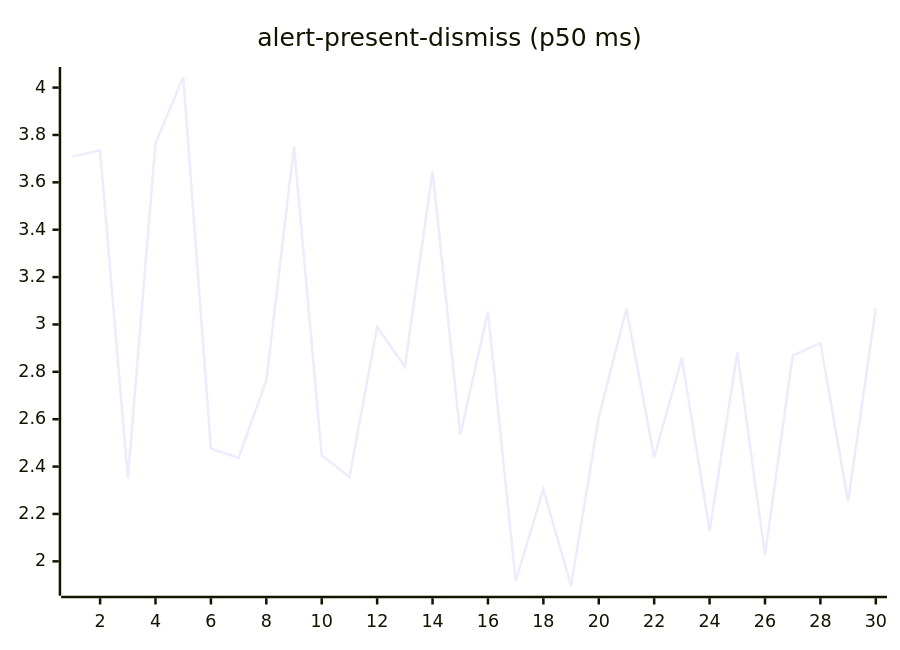
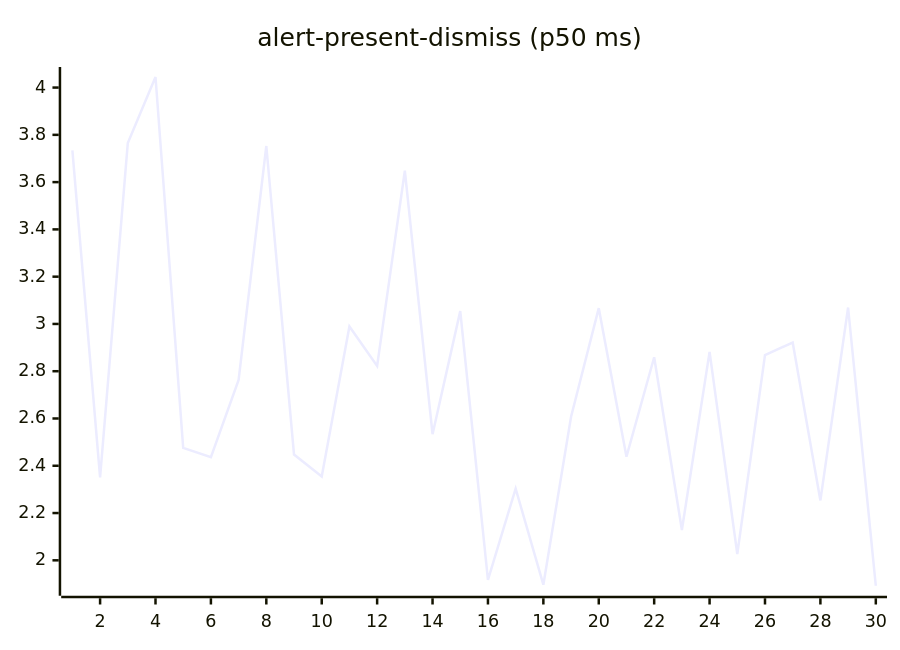
Before and after one commit to josha/Facet: the second of 27 diagrams in README.md, drawn with Mermaid. The commit also changed other lines of this file and 2 other files, not shown here.

````diff
--- a/README.md
+++ b/README.md
@@ -70,6 +70,6 @@
 ```mermaid
 xychart-beta
     title "alert-present-dismiss (p50 ms)"
     x-axis 1 --> 30
-    line [3.7096, 3.7340, 2.3506, 3.7650, 4.0447, 2.4759, 2.4363, 2.7635, 3.7527, 2.4474, 2.3546, 2.9892, 2.8222, 3.6482, 2.5337, 3.0542, 1.9177, 2.3034, 1.8969, 2.6071, 3.0667, 2.4384, 2.8591, 2.1282, 2.8816, 2.0266, 2.8685, 2.9214, 2.2534, 3.0695]
+    line [3.7340, 2.3506, 3.7650, 4.0447, 2.4759, 2.4363, 2.7635, 3.7527, 2.4474, 2.3546, 2.9892, 2.8222, 3.6482, 2.5337, 3.0542, 1.9177, 2.3034, 1.8969, 2.6071, 3.0667, 2.4384, 2.8591, 2.1282, 2.8816, 2.0266, 2.8685, 2.9214, 2.2534, 3.0695, 1.8924]
 ```
````
